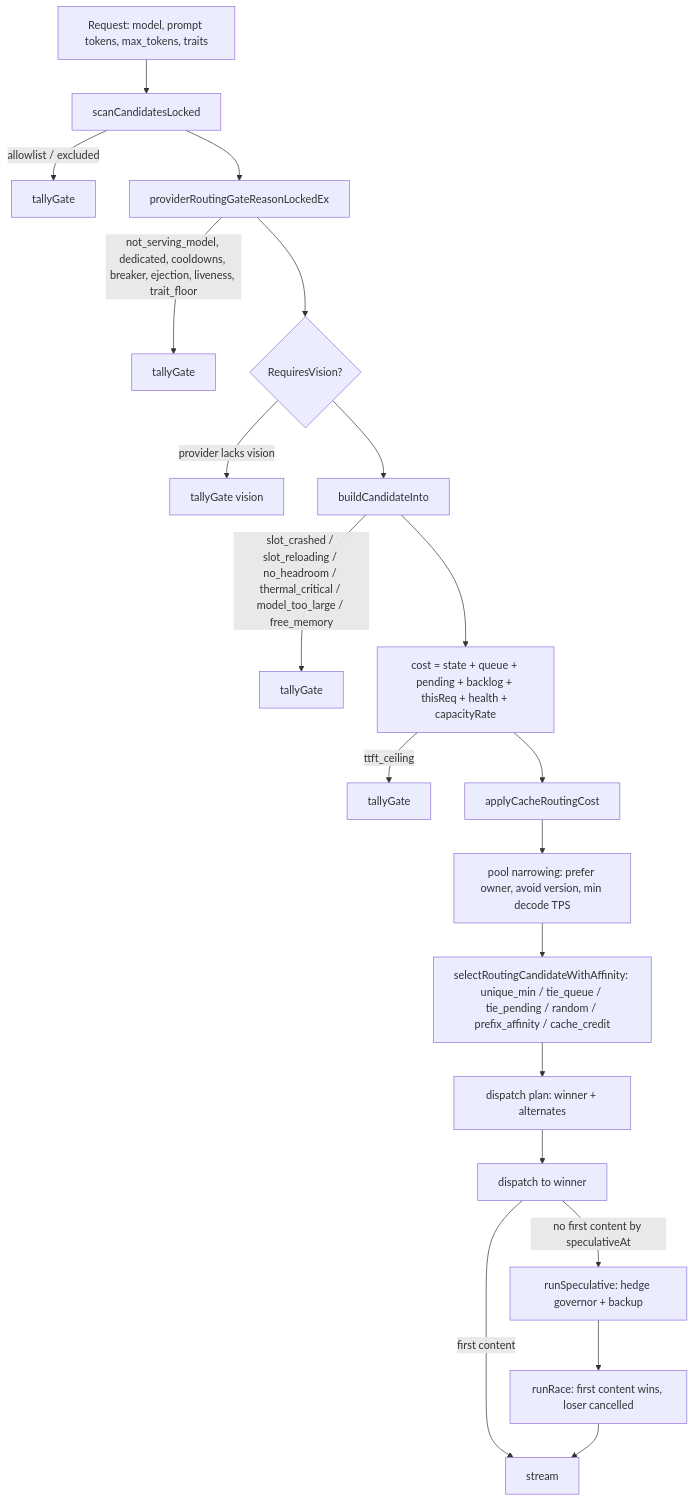
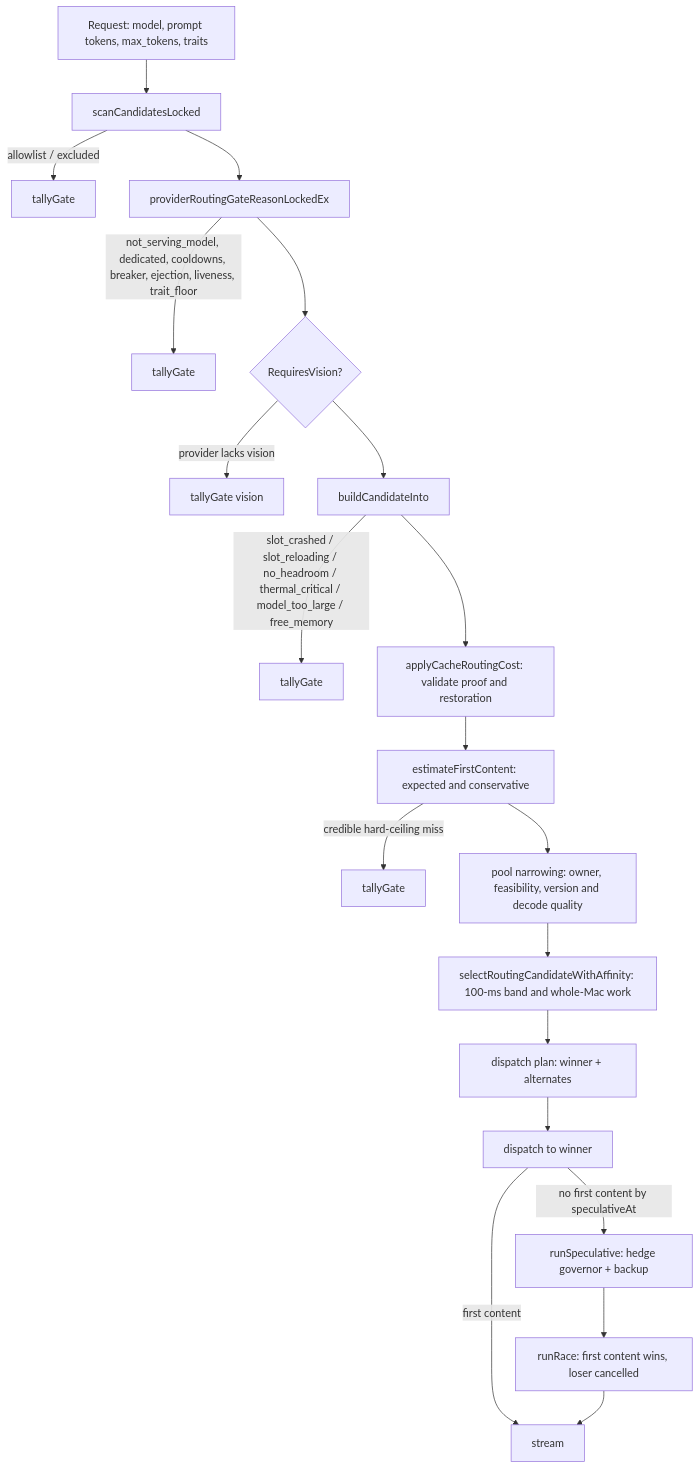
The diagram in docs/architecture/routing.md (Gajesh2007/d-inference), drawn with Mermaid before and after one commit. The commit also changed other lines of this file and 97 other files, not shown here.

First line of the commit message:
feat: route coordinator requests by first-content forecasts (#1230)

````diff
--- a/docs/architecture/routing.md
+++ b/docs/architecture/routing.md
@@ -135,22 +135,22 @@
 ```mermaid
 flowchart TD
     R[Request: model, prompt tokens, max_tokens, traits] --> S[scanCandidatesLocked]
     S -->|allowlist / excluded| X1[tallyGate]
     S --> G[providerRoutingGateReasonLockedEx]
     G -->|not_serving_model, dedicated, cooldowns, breaker, ejection, liveness, trait_floor| X2[tallyGate]
     G --> V{RequiresVision?}
     V -->|provider lacks vision| X3[tallyGate vision]
     V --> B[buildCandidateInto]
     B -->|slot_crashed / slot_reloading / no_headroom / thermal_critical / model_too_large / free_memory| X4[tallyGate]
-    B --> C[cost = state + queue + pending + backlog + thisReq + health + capacityRate]
-    C -->|ttft_ceiling| X5[tallyGate]
-    C --> D[applyCacheRoutingCost]
-    D --> P[pool narrowing: prefer owner, avoid version, min decode TPS]
-    P --> SEL[selectRoutingCandidateWithAffinity: unique_min / tie_queue / tie_pending / random / prefix_affinity / cache_credit]
+    B --> D[applyCacheRoutingCost: validate proof and restoration]
+    D --> C[estimateFirstContent: expected and conservative]
+    C -->|credible hard-ceiling miss| X5[tallyGate]
+    C --> P[pool narrowing: owner, feasibility, version and decode quality]
+    P --> SEL[selectRoutingCandidateWithAffinity: 100-ms band and whole-Mac work]
     SEL --> PLAN[dispatch plan: winner + alternates]
     PLAN --> DISP[dispatch to winner]
     DISP -->|no first content by speculativeAt| H[runSpeculative: hedge governor + backup]
     H --> RACE[runRace: first content wins, loser cancelled]
     DISP -->|first content| OK[stream]
     RACE --> OK
 ```
````
